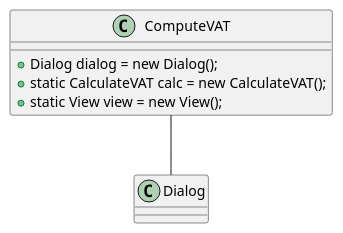
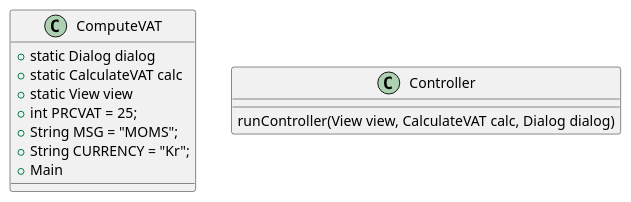
The diagram in torsdagsOpgaverPelle14.10.2021/ComputeVAT/src/Diagram.puml (pelle112112/PelleSkole), drawn with PlantUML before and after one commit. The commit also changed 5 other files, not shown here.

```diff
--- a/torsdagsOpgaverPelle14.10.2021/ComputeVAT/src/Diagram.puml
+++ b/torsdagsOpgaverPelle14.10.2021/ComputeVAT/src/Diagram.puml
@@ -1,14 +1,20 @@
 @startuml
 
 Class ComputeVAT{
-    + Dialog dialog = new Dialog();
-    + static CalculateVAT calc = new CalculateVAT();
-    + static View view = new View();
+     + static Dialog dialog
+     + static CalculateVAT calc
+     + static View view
+     + int PRCVAT = 25;
+     + String MSG = "MOMS";
+     + String CURRENCY = "Kr";
+     + Main
 }
-Class Dialog
 
-ComputeVAT -- Dialog
+Class Controller{
+
+    runController(View view, CalculateVAT calc, Dialog dialog)
 
 
 
+}
 @enduml
```
